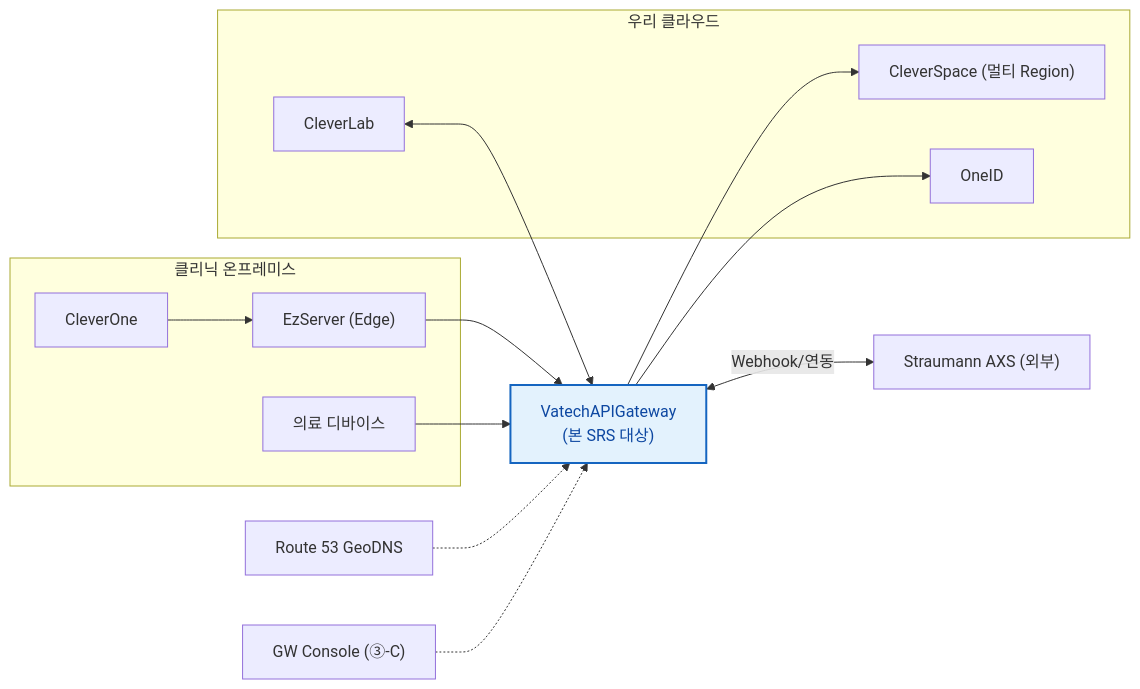
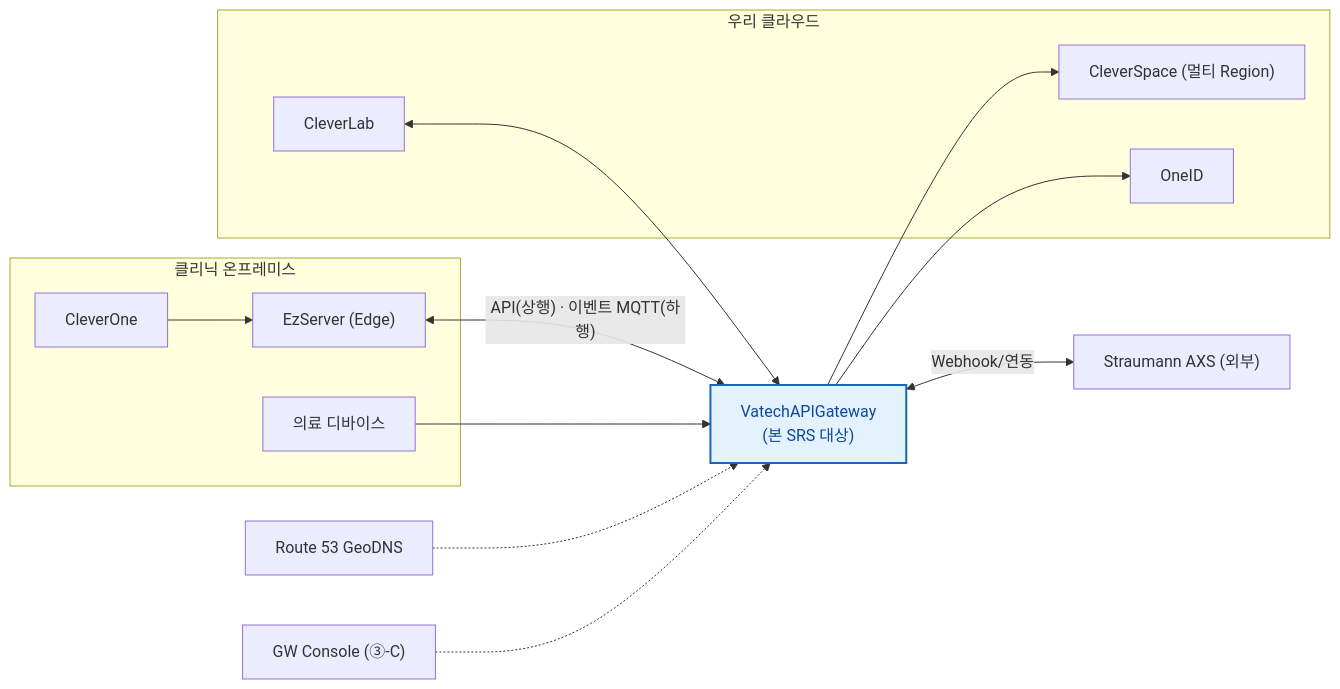
The first of 10 diagrams in docs/VT_API_Gateway/08.VT_API_Gateway/specs/03-srs-gateway/SRS.md (gracegyu/scp-architecture), drawn with Mermaid before and after one commit. The commit also changed other lines of this file, not shown here.

Commit message:
문서 업데이트: VT API Gateway의 SRS 문서에 멀티 서버 및 멀티 리전 데이터 토폴로지에 대한 세부 사항을 추가하고, 무상태 GW pod의 데이터 공유 원칙을 명확히 하여 시스템 설계의 일관성을 강화하였습니다. 또한, AXS와의 egress IP 관리 및 Webhook 수신 방식에 대한 구체적인 설명을 통해 외부 연동의 신뢰성을 높였습니다.

````diff
--- a/docs/VT_API_Gateway/08.VT_API_Gateway/specs/03-srs-gateway/SRS.md
+++ b/docs/VT_API_Gateway/08.VT_API_Gateway/specs/03-srs-gateway/SRS.md
@@ -129,29 +129,30 @@
 ```mermaid
 flowchart LR
     subgraph CLINIC["클리닉 온프레미스"]
         CO["CleverOne"]
         EZ["EzServer (Edge)"]
         DEV["의료 디바이스"]
     end
     GW["VatechAPIGateway<br/>(본 SRS 대상)"]
     subgraph CLOUD["우리 클라우드"]
         CS["CleverSpace (멀티 Region)"]
         CLAB["CleverLab"]
         OID["OneID"]
     end
     AXS["Straumann AXS (외부)"]
     R53["Route 53 GeoDNS"]
     CONSOLE["GW Console (③-C)"]
 
-    CO --> EZ --> GW
+    CO --> EZ
+    EZ <-->|"API(상행) · 이벤트 MQTT(하행)"| GW
     DEV --> GW
     GW --> CS
     GW --> OID
     GW <-->|Webhook/연동| AXS
     CLAB <--> GW
     R53 -.-> GW
     CONSOLE -.-> GW
 
     classDef srsTarget fill:#e3f2fd,stroke:#1565c0,stroke-width:2px,color:#0d47a1
     class GW srsTarget
 ```
````
